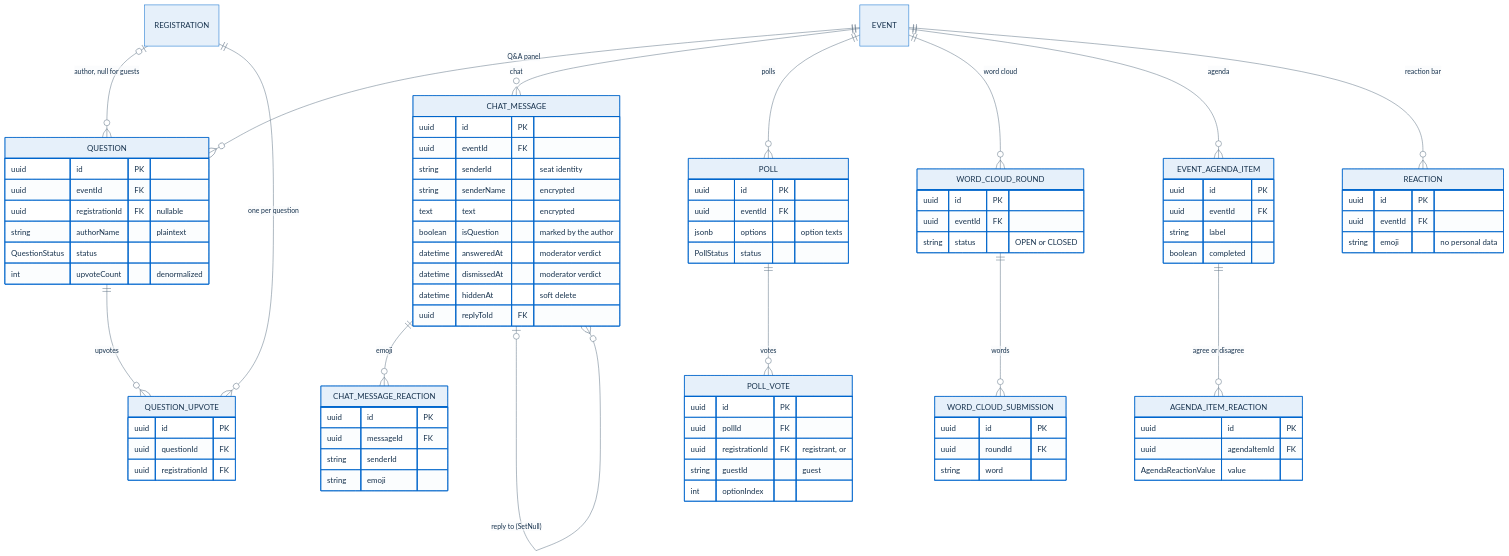
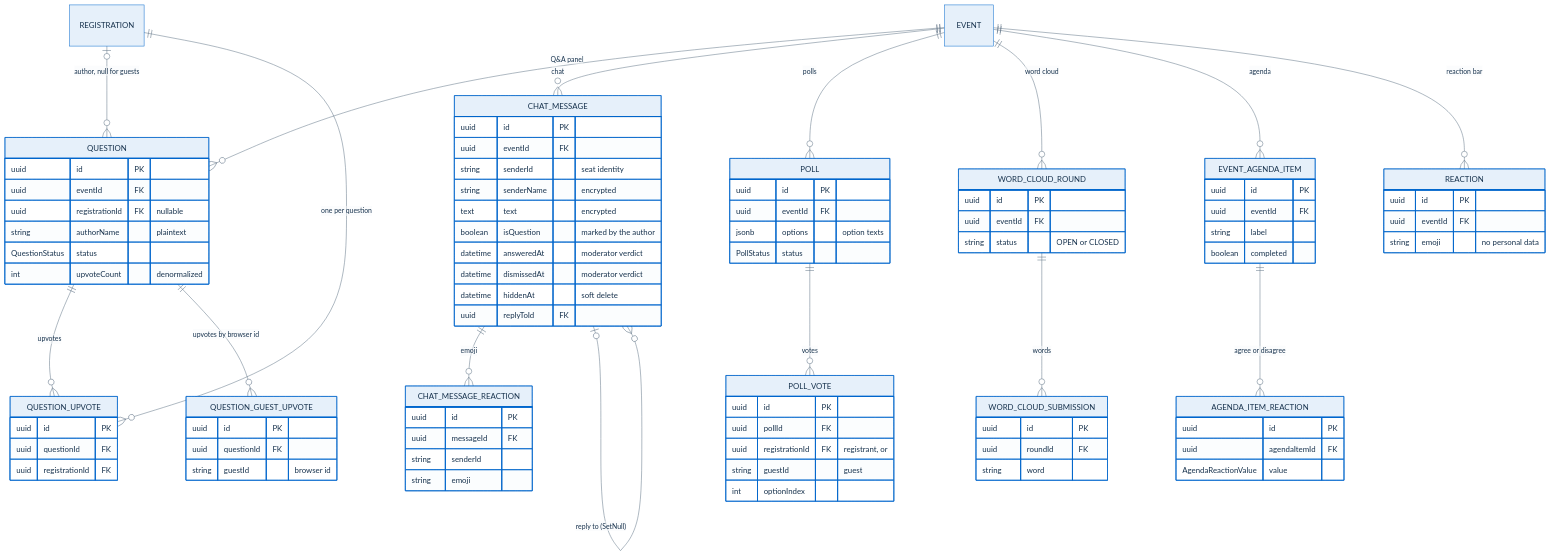
The third of 4 diagrams in docs/architecture/data-model.md (italia/pa-webinar), drawn with Mermaid before and after one commit. The commit also changed other lines of this file and 51 other files, not shown here.

```diff
--- a/docs/architecture/data-model.md
+++ b/docs/architecture/data-model.md
@@ -271,6 +271,7 @@
   REGISTRATION ||--o{ QUESTION_UPVOTE : "one per question"
   EVENT ||--o{ QUESTION : "Q&A panel"
   QUESTION ||--o{ QUESTION_UPVOTE : "upvotes"
+  QUESTION ||--o{ QUESTION_GUEST_UPVOTE : "upvotes by browser id"
   EVENT ||--o{ CHAT_MESSAGE : "chat"
   CHAT_MESSAGE ||--o{ CHAT_MESSAGE_REACTION : "emoji"
   CHAT_MESSAGE |o--o{ CHAT_MESSAGE : "reply to (SetNull)"
@@ -313,6 +314,11 @@
     uuid questionId FK
     uuid registrationId FK
   }
+  QUESTION_GUEST_UPVOTE {
+    uuid id PK
+    uuid questionId FK
+    string guestId "browser id"
+  }
   POLL {
     uuid id PK
     uuid eventId FK
```
